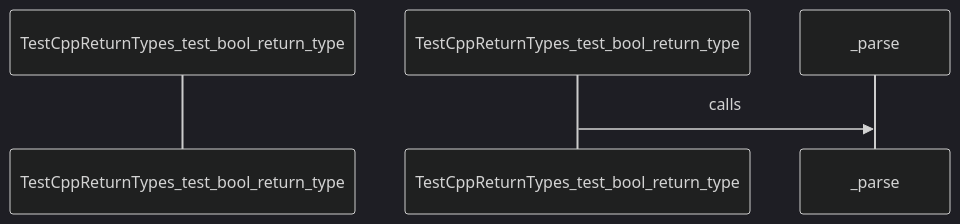
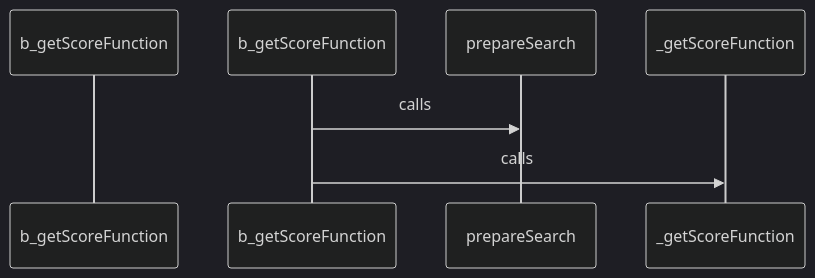
One commit to hazalkoom/DECODEx01 changed diagram 20 of 27 in docs/CALL_FLOW.md. Above: the diagram before and after it, drawn with Mermaid (dark theme). The commit also changed other lines of this file and 12 other files, not shown here.

````diff
--- a/docs/CALL_FLOW.md
+++ b/docs/CALL_FLOW.md
@@ -877,9 +731,13 @@
 ```mermaid
 sequenceDiagram
-    participant Start as TestCppReturnTypes_test_bool_return_type
+    participant Start as b_getScoreFunction
 
 
-    TestCppReturnTypes_test_bool_return_type->>_parse: calls
+    b_getScoreFunction->>prepareSearch: calls
+
+
+
+    b_getScoreFunction->>_getScoreFunction: calls
 
 
 ```
````
